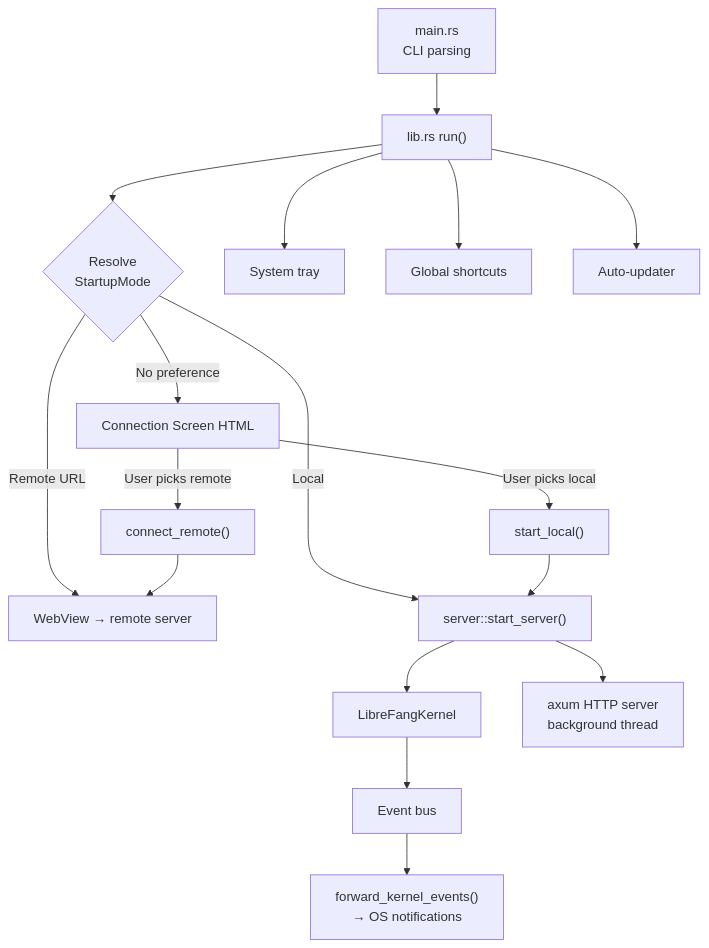
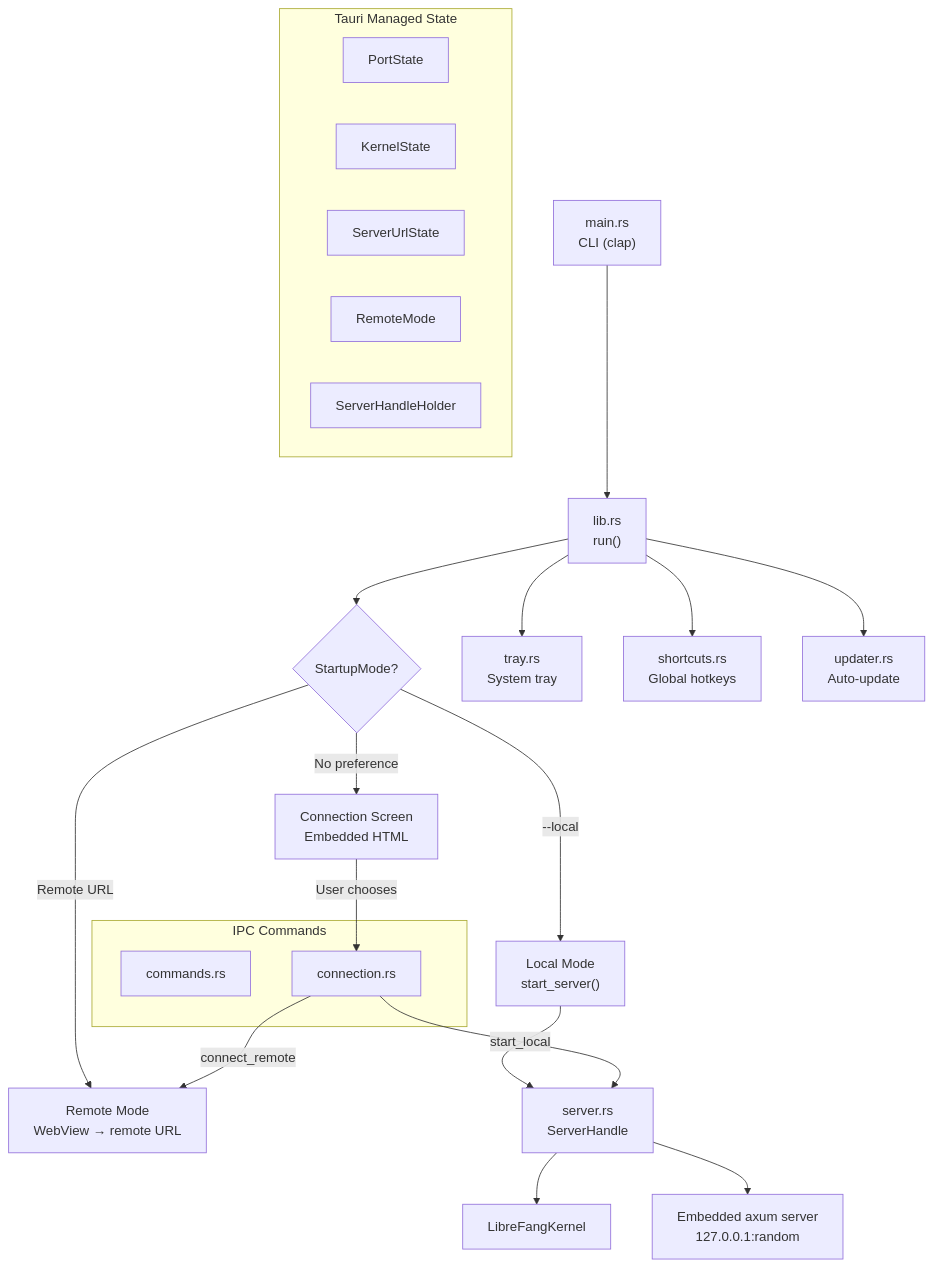
The diagram in desktop-application.md (leszek3737/librefang-WIki), drawn with Mermaid before and after one commit. The commit also changed other lines of this file and 98 other files, not shown here.

````diff
--- a/desktop-application.md
+++ b/desktop-application.md
@@ -9,19 +13,39 @@
 ```mermaid
 graph TD
-    CLI["main.rs<br/>CLI parsing"] --> RUN["lib.rs run()"]
-    RUN --> MODE{"Resolve<br/>StartupMode"}
-    MODE -->|Remote URL| REMOTE["WebView → remote server"]
-    MODE -->|Local| BOOT["server::start_server()"]
-    MODE -->|No preference| CONN["Connection Screen HTML"]
-    CONN -->|User picks remote| CR["connect_remote()"]
-    CONN -->|User picks local| SL["start_local()"]
-    CR --> REMOTE
-    SL --> BOOT
-    BOOT --> KERNEL["LibreFangKernel"]
-    BOOT --> AXUM["axum HTTP server<br/>background thread"]
-    KERNEL --> EVENTS["Event bus"]
-    EVENTS --> NOTIFY["forward_kernel_events()<br/>→ OS notifications"]
-    RUN --> TRAY["System tray"]
-    RUN --> SHORTCUTS["Global shortcuts"]
-    RUN --> UPDATER["Auto-updater"]
+    CLI["main.rs<br/>CLI (clap)"]
+    RUN["lib.rs<br/>run()"]
+    MODE{StartupMode?}
+    REMOTE["Remote Mode<br/>WebView → remote URL"]
+    LOCAL["Local Mode<br/>start_server()"]
+    SCREEN["Connection Screen<br/>Embedded HTML"]
+
+    LOCAL --> SRV["server.rs<br/>ServerHandle"]
+    SRV --> KERNEL["LibreFangKernel"]
+    SRV --> AXUM["Embedded axum server<br/>127.0.0.1:random"]
+
+    RUN --> TRAY["tray.rs<br/>System tray"]
+    RUN --> SHORT["shortcuts.rs<br/>Global hotkeys"]
+    RUN --> UPDATER["updater.rs<br/>Auto-update"]
+
+    subgraph "Tauri Managed State"
+        PS["PortState"]
+        KS["KernelState"]
+        SUS["ServerUrlState"]
+        RM["RemoteMode"]
+        SH["ServerHandleHolder"]
+    end
+
+    subgraph "IPC Commands"
+        CMD["commands.rs"]
+        CONN["connection.rs"]
+    end
+
+    CLI --> RUN
+    RUN --> MODE
+    MODE -->|Remote URL| REMOTE
+    MODE -->|--local| LOCAL
+    MODE -->|No preference| SCREEN
+    SCREEN -->|User chooses| CONN
+    CONN -->|start_local| SRV
+    CONN -->|connect_remote| REMOTE
 ```
````
